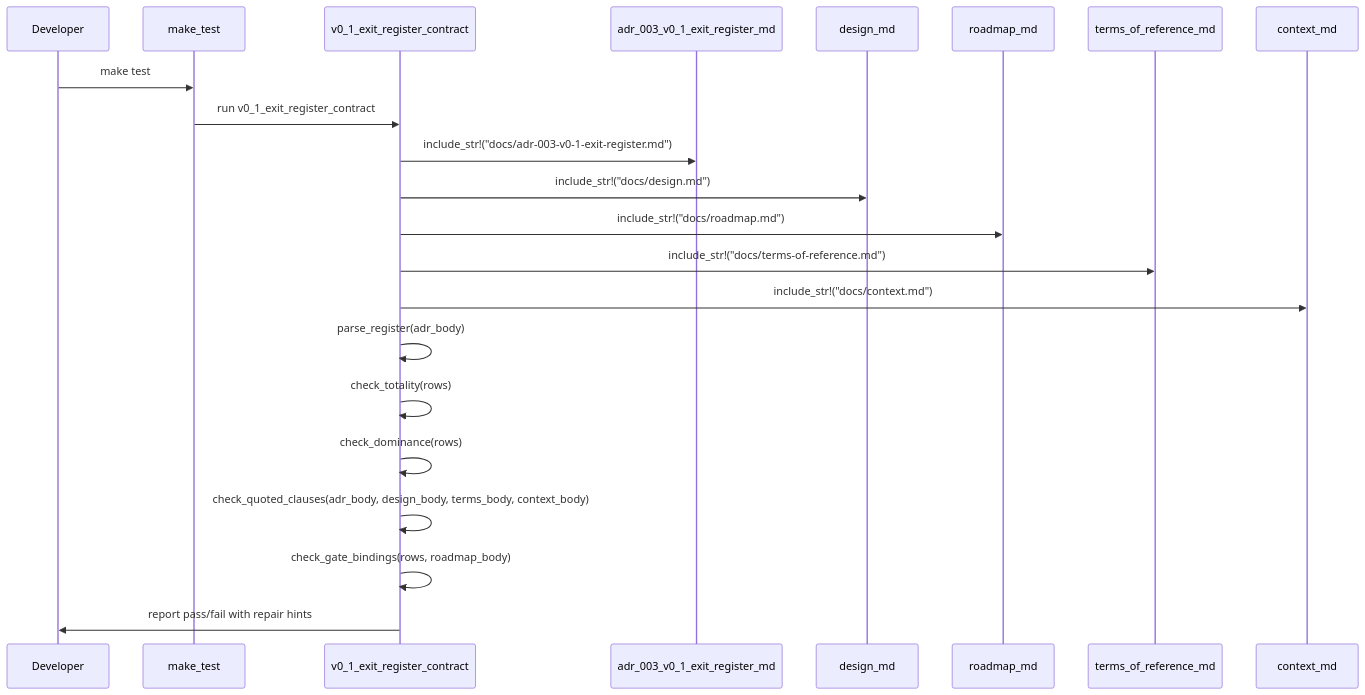
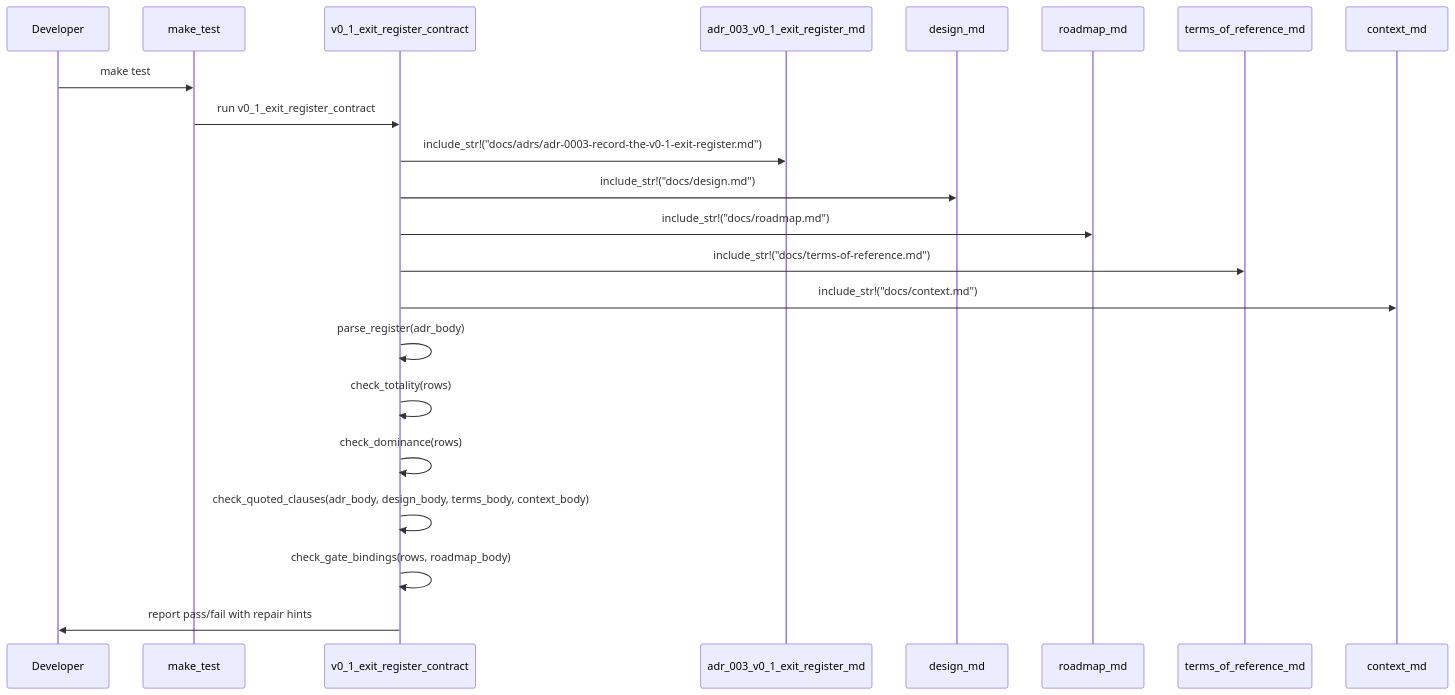
The diagram in docs/design.md (leynos/statelet), drawn with Mermaid before and after one commit. The commit also changed other lines of this file and 60 other files, not shown here.

````diff
--- a/docs/design.md
+++ b/docs/design.md
@@ -435,25 +437,25 @@
 ```mermaid
 sequenceDiagram
     participant Dev as Developer
     participant Make as make_test
     participant Test as v0_1_exit_register_contract
     participant ADR as adr_003_v0_1_exit_register_md
     participant Design as design_md
     participant Roadmap as roadmap_md
     participant Terms as terms_of_reference_md
     participant Context as context_md
 
     Dev->>Make: make test
     Make->>Test: run v0_1_exit_register_contract
-    Test->>ADR: include_str!("docs/adr-003-v0-1-exit-register.md")
+    Test->>ADR: include_str!("docs/adrs/adr-0003-record-the-v0-1-exit-register.md")
     Test->>Design: include_str!("docs/design.md")
     Test->>Roadmap: include_str!("docs/roadmap.md")
     Test->>Terms: include_str!("docs/terms-of-reference.md")
     Test->>Context: include_str!("docs/context.md")
     Test->>Test: parse_register(adr_body)
     Test->>Test: check_totality(rows)
     Test->>Test: check_dominance(rows)
     Test->>Test: check_quoted_clauses(adr_body, design_body, terms_body, context_body)
     Test->>Test: check_gate_bindings(rows, roadmap_body)
     Test->>Dev: report pass/fail with repair hints
 ```
````
